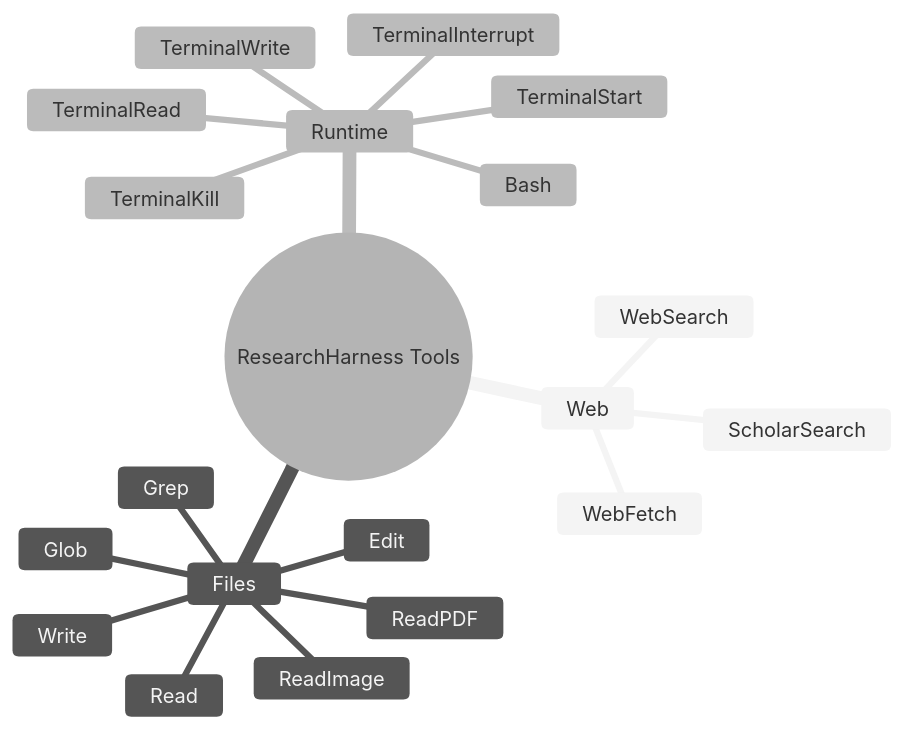
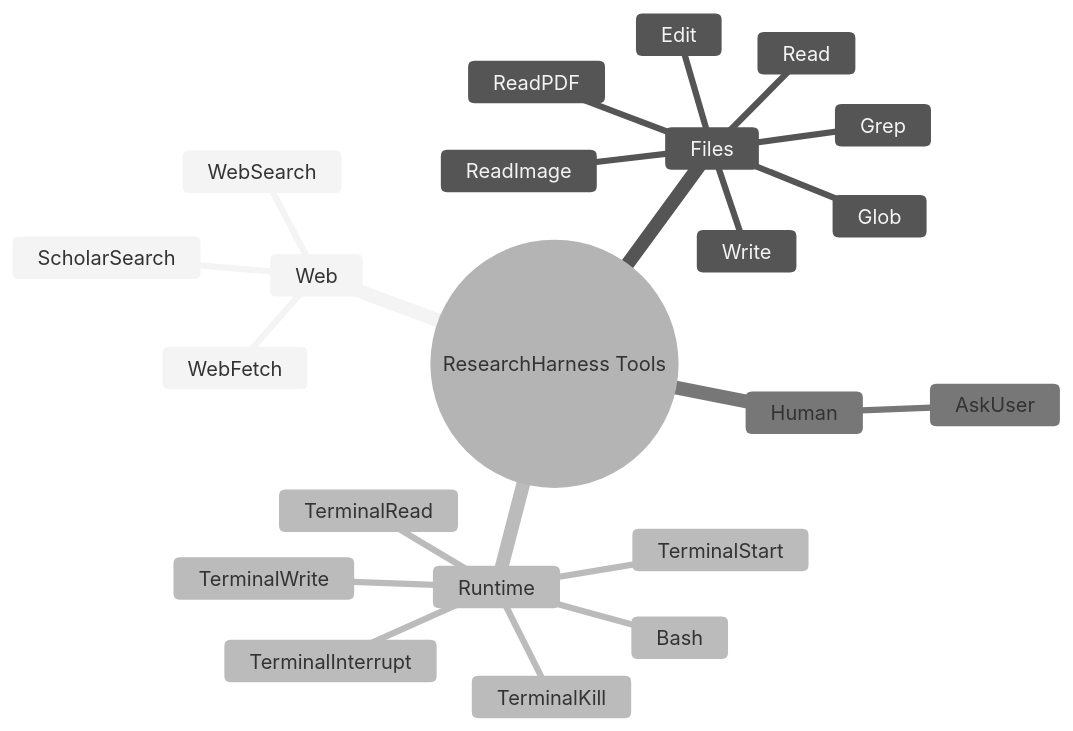
The second of 2 diagrams in README.md (black-yt/ResearchHarness), drawn with Mermaid (neutral theme) before and after one commit. The commit also changed other lines of this file and 13 other files, not shown here.

Commit message:
Add AskUser interactive tool

````diff
--- a/README.md
+++ b/README.md
@@ -333,23 +341,25 @@
 ```mermaid
 mindmap
   root((ResearchHarness Tools))
     Web
       WebSearch
       ScholarSearch
       WebFetch
     Files
       Glob
       Grep
       Read
       ReadPDF
       ReadImage
       Write
       Edit
     Runtime
       Bash
       TerminalStart
       TerminalWrite
       TerminalRead
       TerminalInterrupt
       TerminalKill
+    Human
+      AskUser
 ```
````
